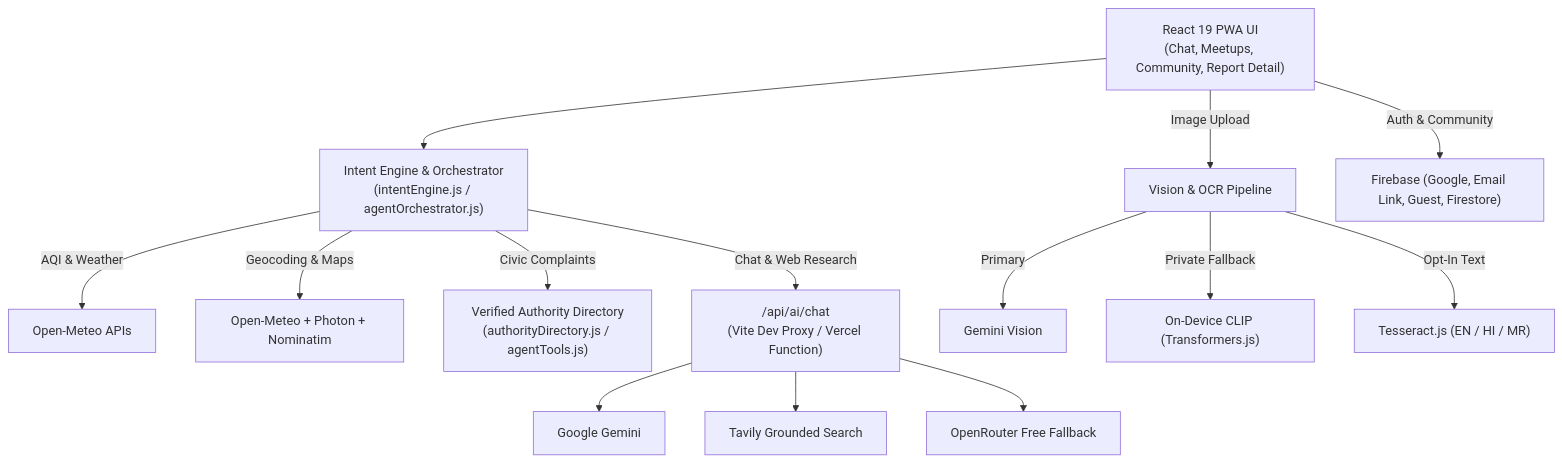
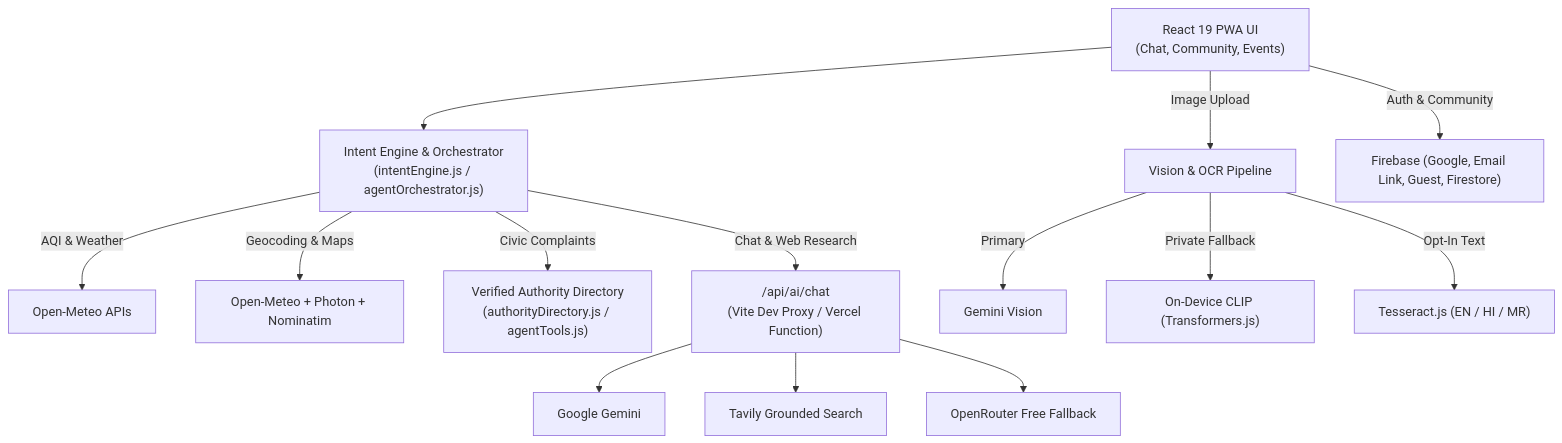
One commit to surajns0033-collab/ecopulse-ai changed the diagram in README.md. Above: the diagram before and after it, drawn with Mermaid. The commit also changed other lines of this file, not shown here.

````diff
--- a/README.md
+++ b/README.md
@@ -85,20 +100,20 @@
 ```mermaid
 flowchart TB
-    UI["React 19 PWA UI<br/>(Chat, Meetups, Community, Report Detail)"] --> IE["Intent Engine & Orchestrator<br/>(intentEngine.js / agentOrchestrator.js)"]
+    UI["React 19 PWA UI<br/>(Chat, Community, Events)"] --> IE["Intent Engine & Orchestrator<br/>(intentEngine.js / agentOrchestrator.js)"]
 
     IE -->|"AQI & Weather"| OM["Open-Meteo APIs"]
     IE -->|"Geocoding & Maps"| GEO["Open-Meteo + Photon + Nominatim"]
     IE -->|"Civic Complaints"| DIR["Verified Authority Directory<br/>(authorityDirectory.js / agentTools.js)"]
     IE -->|"Chat & Web Research"| PROXY["/api/ai/chat<br/>(Vite Dev Proxy / Vercel Function)"]
 
     PROXY --> GEM["Google Gemini"]
     PROXY --> TAV["Tavily Grounded Search"]
     PROXY --> OR["OpenRouter Free Fallback"]
 
     UI -->|"Image Upload"| VIS["Vision & OCR Pipeline"]
     VIS -->|"Primary"| GEMV["Gemini Vision"]
     VIS -->|"Private Fallback"| CLIP["On-Device CLIP (Transformers.js)"]
     VIS -->|"Opt-In Text"| OCR["Tesseract.js (EN / HI / MR)"]
 
     UI -->|"Auth & Community"| FB["Firebase (Google, Email Link, Guest, Firestore)"]
 ```
````
